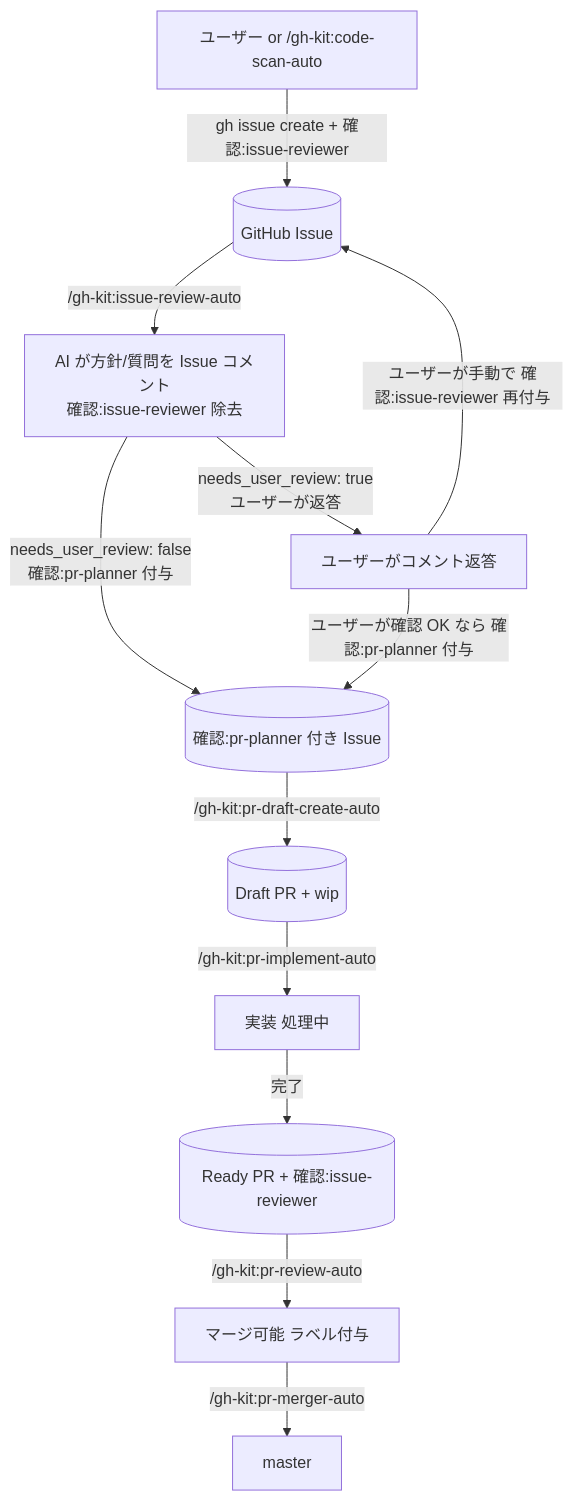
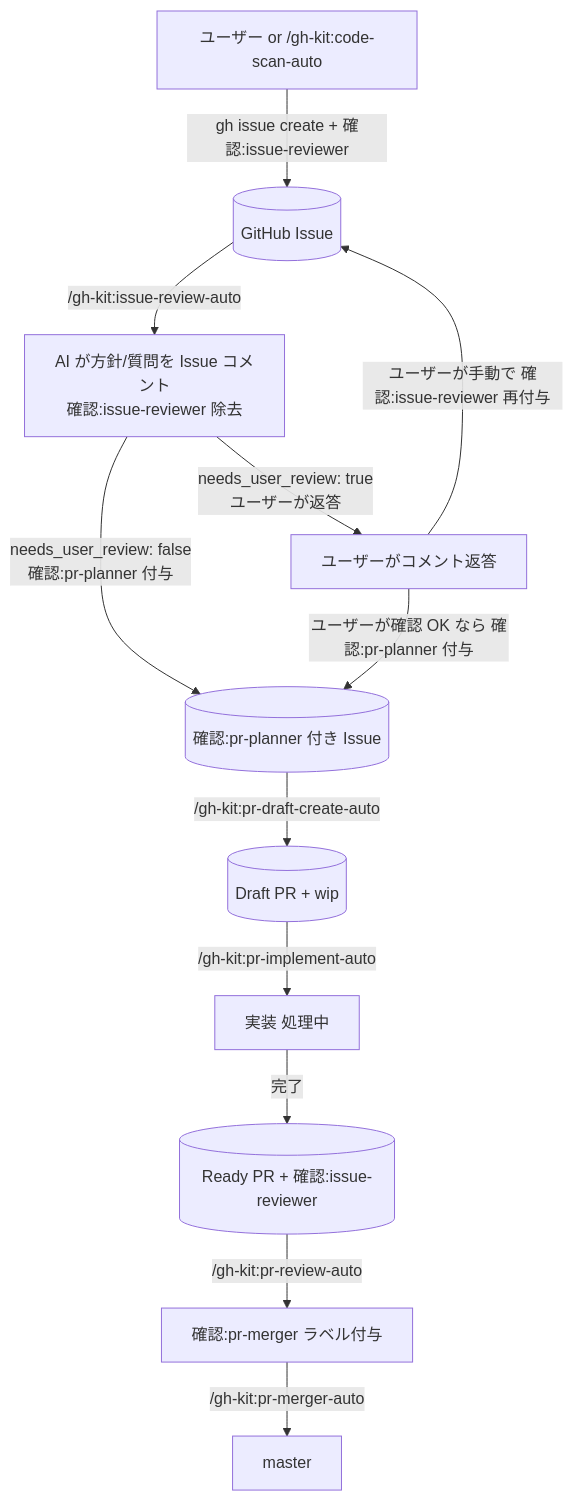
Before and after one commit to shuhei1101/my-plugins: the diagram in plugins/gh-kit/CLAUDE.md, drawn with Mermaid. The commit also changed other lines of this file and 10 other files, not shown here.

First line of the commit message:
chore: ラベル「マージ可能」を「確認:pr-merger」にリネーム・定数名を CONFIRM_PR_MERGER に統一

````diff
--- a/plugins/gh-kit/CLAUDE.md
+++ b/plugins/gh-kit/CLAUDE.md
@@ -9,14 +9,14 @@
 ```mermaid
 flowchart TD
   U[ユーザー or /gh-kit:code-scan-auto] -->|gh issue create + 確認:issue-reviewer| Issue[(GitHub Issue)]
   Issue -->|/gh-kit:issue-review-auto| Review[AI が方針/質問を Issue コメント<br>確認:issue-reviewer 除去]
   Review -->|needs_user_review: false<br>確認:pr-planner 付与| PlanOK[(確認:pr-planner 付き Issue)]
   Review -->|needs_user_review: true<br>ユーザーが返答| UserReply[ユーザーがコメント返答]
   UserReply -->|ユーザーが手動で 確認:issue-reviewer 再付与| Issue
   UserReply -->|ユーザーが確認 OK なら 確認:pr-planner 付与| PlanOK
   PlanOK -->|/gh-kit:pr-draft-create-auto| WIP[(Draft PR + wip)]
   WIP -->|/gh-kit:pr-implement-auto| Implementing[実装 処理中]
   Implementing -->|完了| NAR[(Ready PR + 確認:issue-reviewer)]
-  NAR -->|/gh-kit:pr-review-auto| Reviewed[マージ可能 ラベル付与]
+  NAR -->|/gh-kit:pr-review-auto| Reviewed[確認:pr-merger ラベル付与]
   Reviewed -->|/gh-kit:pr-merger-auto| Merged[master]
 ```
````
